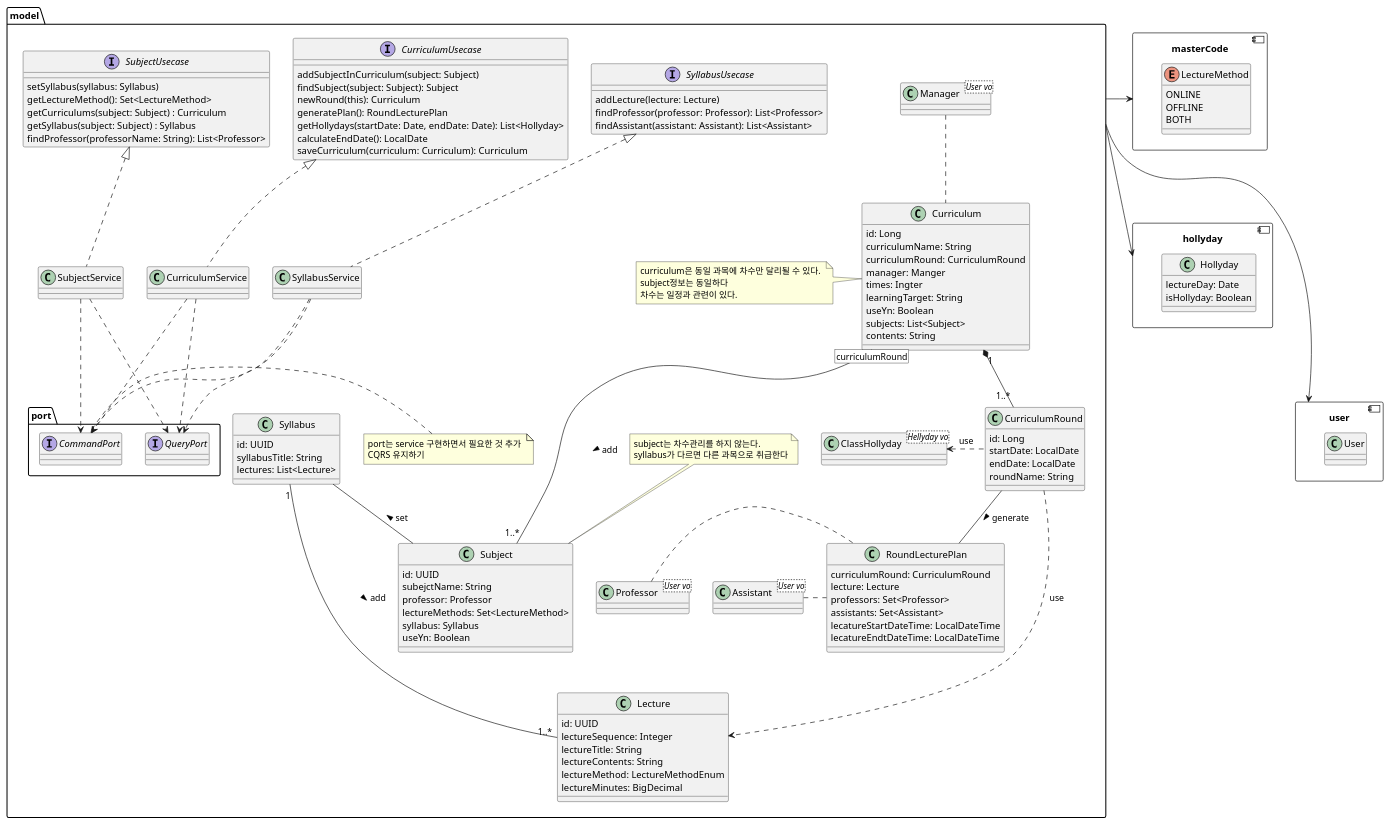
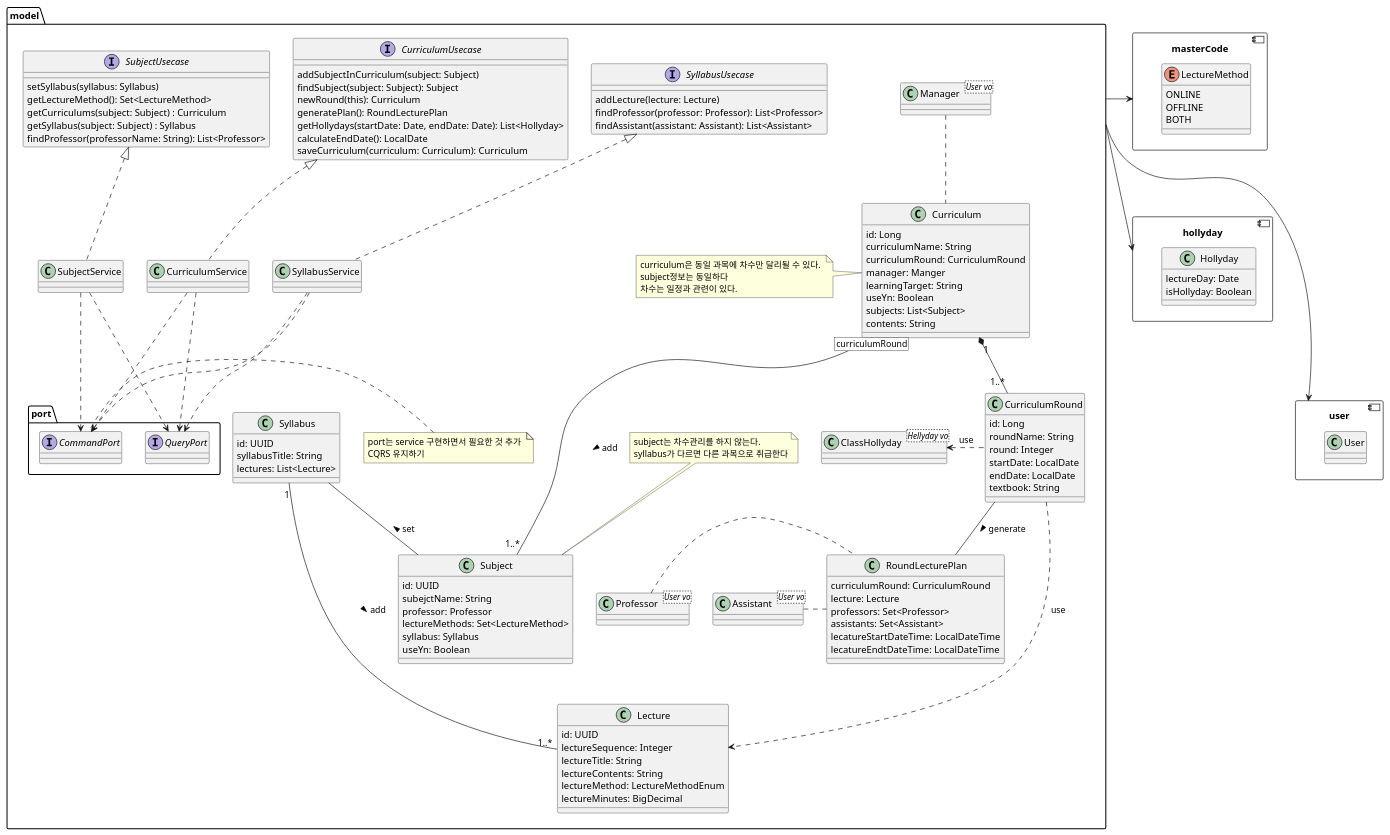
The diagram in src/main/java/dev/ohhoonim/lms/domain/learningCourses/design/model.md (ohhoonim/lms), drawn with PlantUML before and after one commit. The commit also changed 10 other files, not shown here.

```diff
--- a/src/main/java/dev/ohhoonim/lms/domain/learningCourses/design/model.md
+++ b/src/main/java/dev/ohhoonim/lms/domain/learningCourses/design/model.md
@@ -12,7 +12,6 @@
         curriculumName: String
         curriculumRound: CurriculumRound
         manager: Manger
-        times: Ingter
         learningTarget: String
         useYn: Boolean
         subjects: List<Subject>
@@ -28,9 +27,11 @@
     
     class CurriculumRound {
         id: Long
+        roundName: String
+        round: Integer
         startDate: LocalDate
         endDate: LocalDate
-        roundName: String
+        textbook: String
         
     }
 
```
